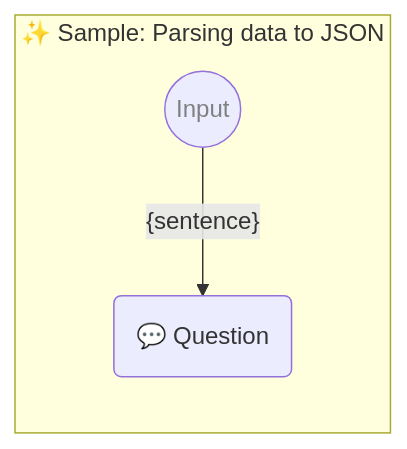
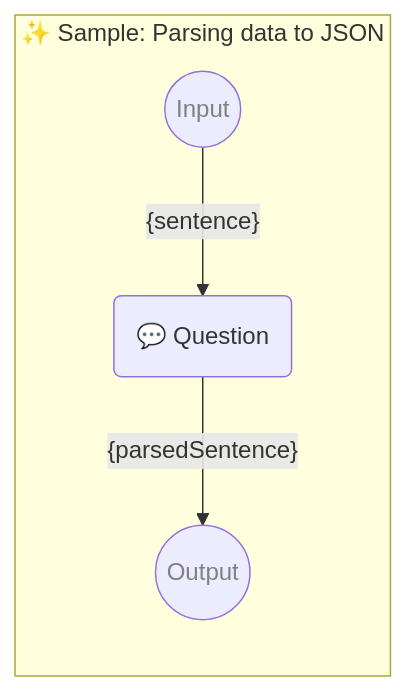
The diagram in samples/templates/45-expect-json.ptbk.md (webgptorg/promptbook), drawn with Mermaid before and after one commit. The commit also changed other lines of this file and 43 other files, not shown here.

````diff
--- a/samples/templates/45-expect-json.ptbk.md
+++ b/samples/templates/45-expect-json.ptbk.md
@@ -10,16 +11,20 @@
 ```mermaid
 %% 🔮 Tip: Open this on GitHub or in the VSCode website to see the Mermaid graph visually
 
 flowchart LR
   subgraph "✨ Sample: Parsing data to JSON"
 
       direction TB
 
       input((Input)):::input
       templateQuestion(💬 Question)
       input--"{sentence}"-->templateQuestion
 
+      templateQuestion--"{parsedSentence}"-->output
+      output((Output)):::output
+
       classDef input color: grey;
+      classDef output color: grey;
 
   end;
 ```
````
